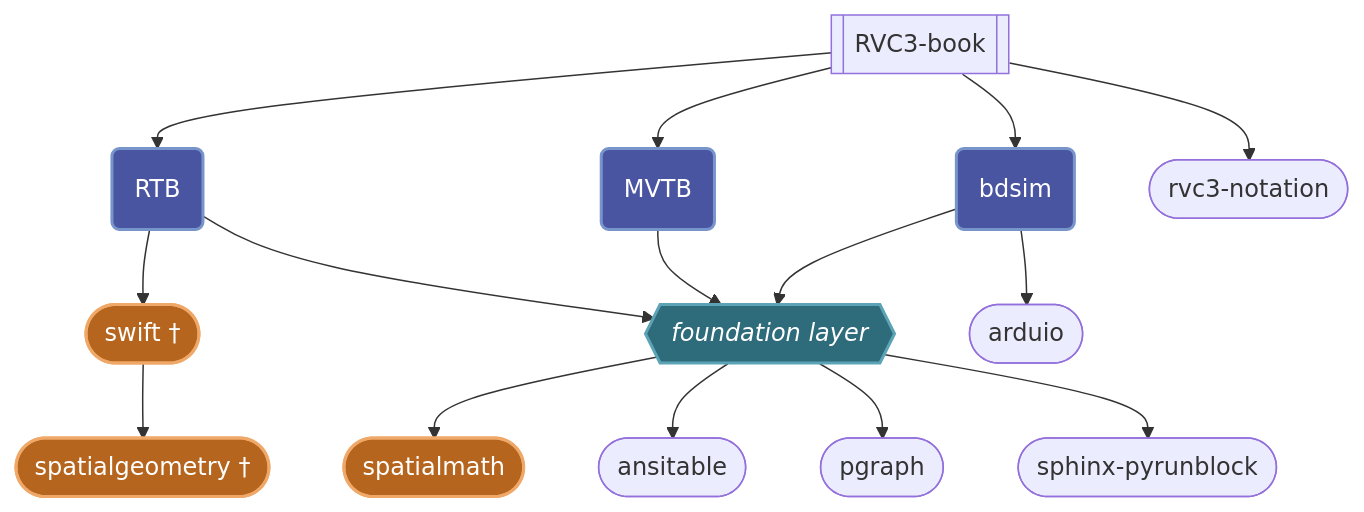
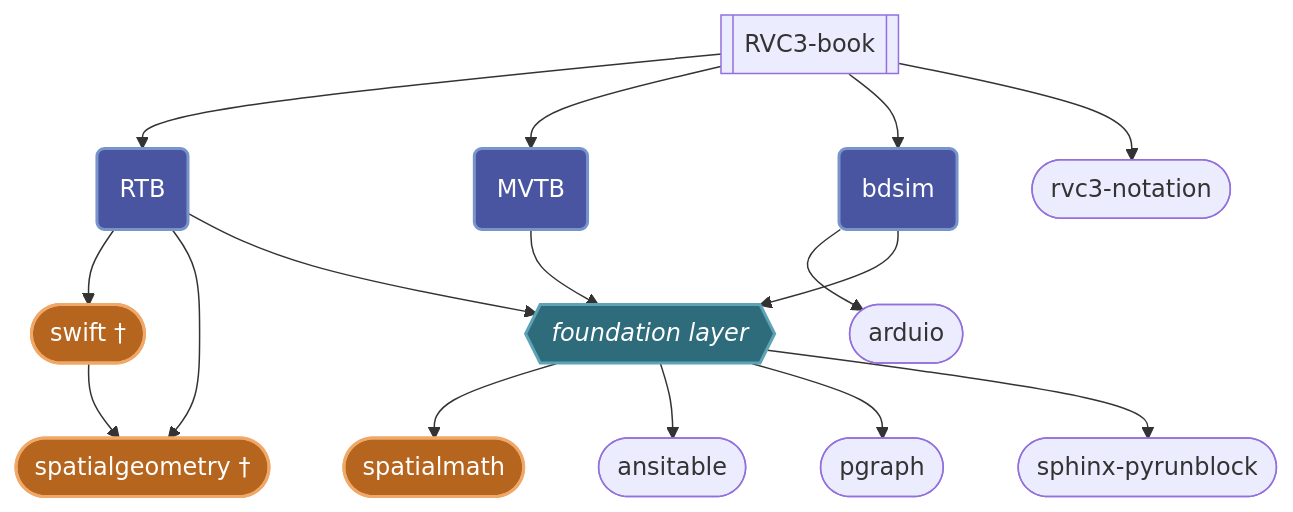
One commit to petercorke/rvc-ecosystem changed the diagram in README.md. Above: the diagram before and after it, drawn with Mermaid. The commit also changed other lines of this file and 1 other file, not shown here.

````diff
--- a/README.md
+++ b/README.md
@@ -40,69 +13,70 @@
 ```mermaid
 flowchart TD
 	%% Custom Class Definition: Works in both Light and Dark themes
     %% Uses a muted indigo/violet accent with white text and a clean border
     classDef highlight fill:#4A55A2,stroke:#7895CB,color:#FFFFFF,stroke-width:2px;
 
     %% Third-party owned packages (RAI, jhavl) - warm orange, distinct from
     %% the indigo highlight and colorblind-safe against it (blue vs orange,
     %% not red vs green)
     classDef thirdparty fill:#B5651D,stroke:#F0A868,color:#FFFFFF,stroke-width:2px;
 
     %% Foundation layer - dark slate teal; white text readable on both themes
     classDef foundation fill:#2E6B7B,stroke:#5BA3B5,color:#FFFFFF,stroke-width:2px;
     
     %% Define Nodes with specific shapes from user instructions
 
     %% RVC3-book is subroutine style
     RVC3[[RVC3-book]]
 
     %% rvc-foundations is hexagon style >]
     Foundations{{"<i>foundation layer</i>"}}
 
     %% RTB, MVTB, bdsim are rounded box style
     RTB(RTB)
     MVTB(MVTB)
     BDSIM(bdsim)
 
     %% Others are stadium style ([])
     Notation([rvc3-notation])
     Swift([swift †])
     Geometries([spatialgeometry †])
     Arduino([arduio])
     Spatialmath([spatialmath])
     Ansitable([ansitable])
     Pgraph([pgraph])
     Sphinx([sphinx-pyrunblock])
     
     %% Apply Highlight Class to Specific Nodes
     class RTB,MVTB,BDSIM highlight;
     class Swift,Geometries,Spatialmath thirdparty;
     class Foundations foundation;
 
     %% Define Connections based on sketch
 
     %% Top Level Connections
     RVC3 --> RTB
     RVC3 --> MVTB
     RVC3 --> BDSIM
     RVC3 --> Notation
 
     %% RTB Branch
     RTB --> Swift
+    RTB --> Geometries
     Swift --> Geometries
 
     %% BDSIM Branch
     BDSIM --> Arduino
 
     %% Mid-Level Convergence to Foundations
     RTB --> Foundations
     MVTB --> Foundations
     BDSIM --> Foundations
 
     %% Bottom Level Connections
     Foundations --> Spatialmath
     Foundations --> Ansitable
     Foundations --> Pgraph
     Foundations --> Sphinx
 
 ```
````
